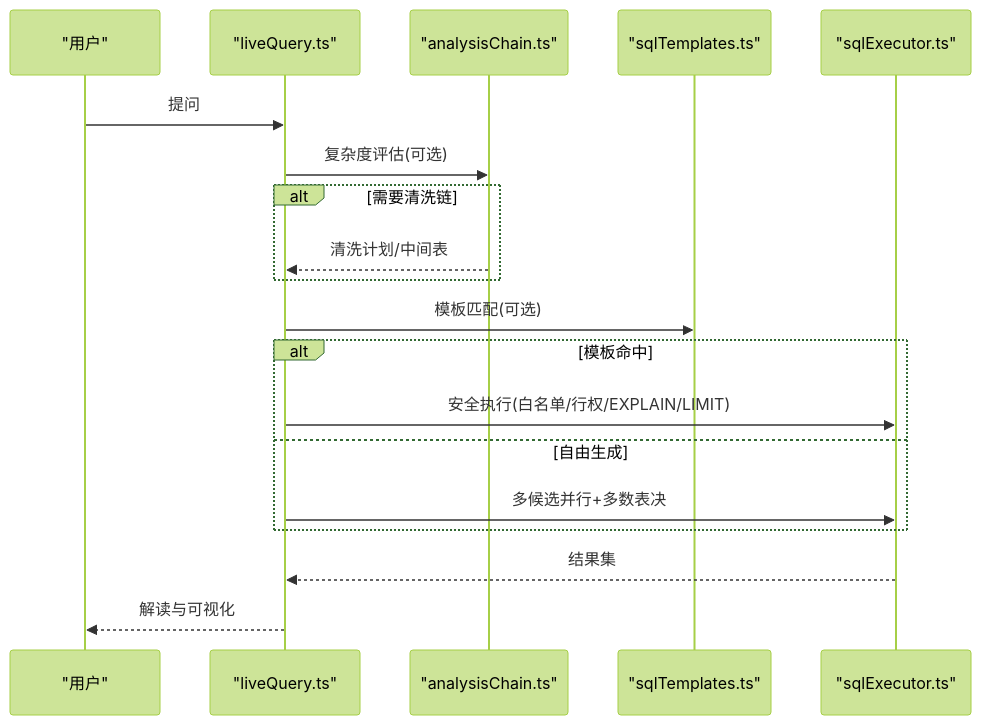
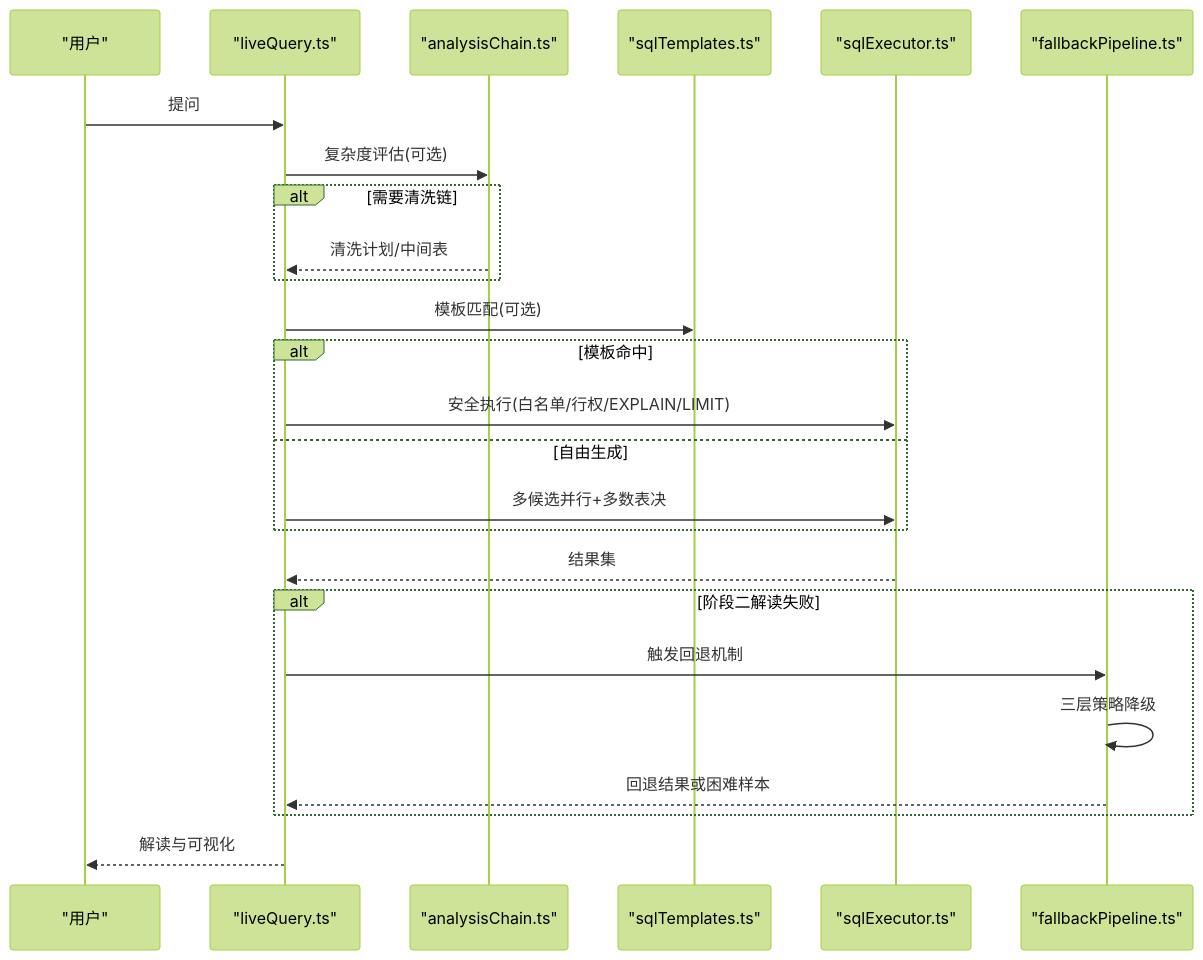
The tenth of 11 diagrams in .qoder/repowiki/zh/content/系统架构/核心组件详解/查询处理引擎/查询处理引擎.md (dgjin/smart-data-analytics), drawn with Mermaid (forest theme) before and after one commit. The commit also changed other lines of this file and 10 other files, not shown here.

````diff
--- a/.qoder/repowiki/zh/content/系统架构/核心组件详解/查询处理引擎/查询处理引擎.md
+++ b/.qoder/repowiki/zh/content/系统架构/核心组件详解/查询处理引擎/查询处理引擎.md
@@ -398,21 +470,27 @@
 ```mermaid
 sequenceDiagram
 participant U as "用户"
 participant LQ as "liveQuery.ts"
 participant CH as "analysisChain.ts"
 participant T as "sqlTemplates.ts"
 participant SE as "sqlExecutor.ts"
+participant FB as "fallbackPipeline.ts"
 U->>LQ : 提问
 LQ->>CH : 复杂度评估(可选)
 alt 需要清洗链
 CH-->>LQ : 清洗计划/中间表
 end
 LQ->>T : 模板匹配(可选)
 alt 模板命中
 LQ->>SE : 安全执行(白名单/行权/EXPLAIN/LIMIT)
 else 自由生成
 LQ->>SE : 多候选并行+多数表决
 end
 SE-->>LQ : 结果集
+alt 阶段二解读失败
+LQ->>FB : 触发回退机制
+FB->>FB : 三层策略降级
+FB-->>LQ : 回退结果或困难样本
+end
 LQ-->>U : 解读与可视化
 ```
````
